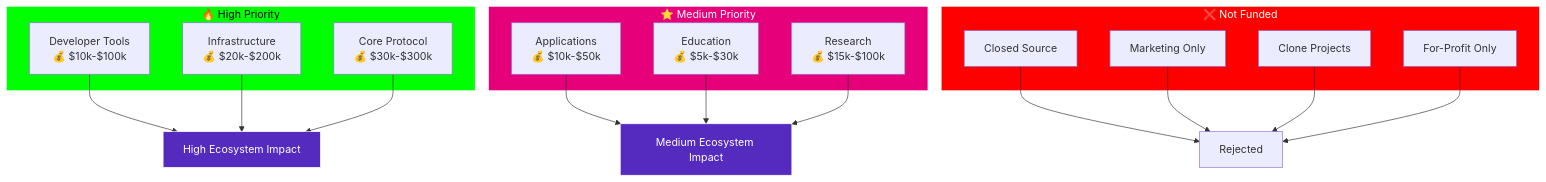
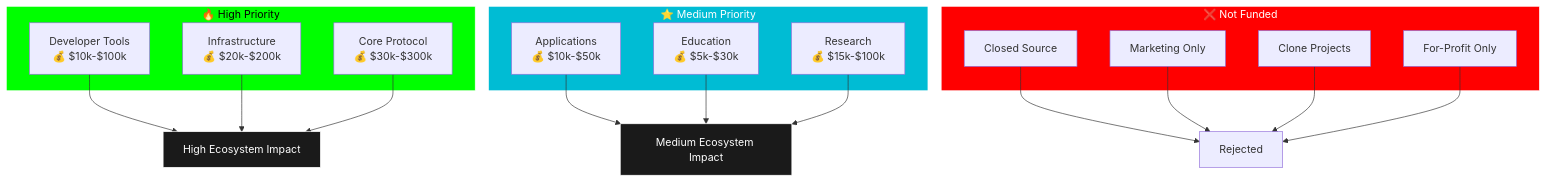
One commit to openguild-labs/polkadot-codecamp changed the eighth of 17 diagrams in slides/polkadot-grant-ecosystem.md. Above: the diagram before and after it, drawn with Mermaid. The commit also changed other lines of this file and 6 other files, not shown here.

````diff
--- a/slides/polkadot-grant-ecosystem.md
+++ b/slides/polkadot-grant-ecosystem.md
@@ -498,40 +498,40 @@
 ```mermaid
 graph TB
     subgraph HIGH["🔥 High Priority"]
         DEV[Developer Tools<br/>💰 $10k-$100k]
         INFRA[Infrastructure<br/>💰 $20k-$200k]
         CORE[Core Protocol<br/>💰 $30k-$300k]
     end
 
     subgraph MED["⭐ Medium Priority"]
         APP[Applications<br/>💰 $10k-$50k]
         EDU[Education<br/>💰 $5k-$30k]
         RES[Research<br/>💰 $15k-$100k]
     end
 
     subgraph LOW["❌ Not Funded"]
         CLOSED[Closed Source]
         MARKETING[Marketing Only]
         CLONE[Clone Projects]
         PROFIT[For-Profit Only]
     end
 
     DEV --> IMPACT1[High Ecosystem Impact]
     INFRA --> IMPACT1
     CORE --> IMPACT1
 
     APP --> IMPACT2[Medium Ecosystem Impact]
     EDU --> IMPACT2
     RES --> IMPACT2
 
     CLOSED --> REJECT[Rejected]
     MARKETING --> REJECT
     CLONE --> REJECT
     PROFIT --> REJECT
 
     style HIGH fill:#00ff00,stroke:#fff,color:#000
-    style MED fill:#E6007A,stroke:#fff,color:#fff
+    style MED fill:#00BCD4,stroke:#fff,color:#fff
     style LOW fill:#ff0000,stroke:#fff,color:#fff
-    style IMPACT1 fill:#552BBF,stroke:#fff,color:#fff
-    style IMPACT2 fill:#552BBF,stroke:#fff,color:#fff
+    style IMPACT1 fill:#1a1a1a,stroke:#fff,color:#fff
+    style IMPACT2 fill:#1a1a1a,stroke:#fff,color:#fff
 ```
````
